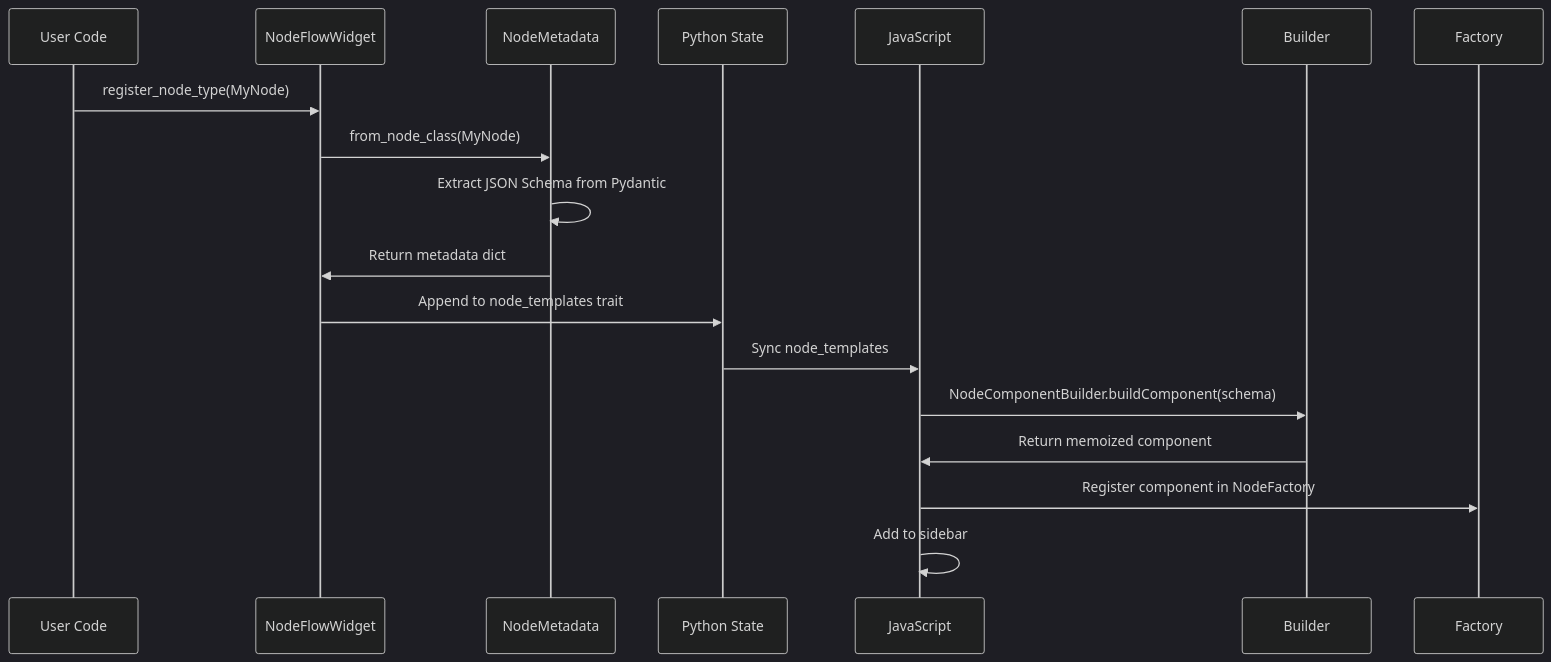
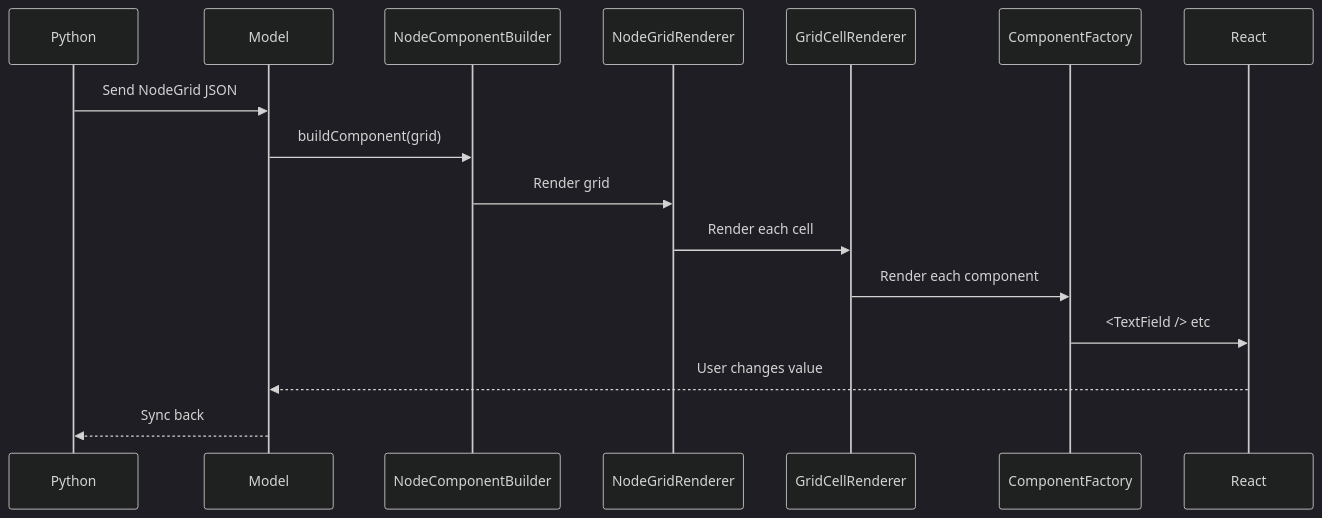
The third of 8 diagrams in docs/developer/architecture.md (HenningScheufler/pynodewidget), drawn with Mermaid (dark theme) before and after one commit. The commit also changed other lines of this file and 134 other files, not shown here.

````diff
--- a/docs/developer/architecture.md
+++ b/docs/developer/architecture.md
@@ -182,19 +112,19 @@
 ```mermaid
 sequenceDiagram
-    participant User as User Code
-    participant Widget as NodeFlowWidget
-    participant Metadata as NodeMetadata
-    participant Python as Python State
-    participant JS as JavaScript
-
-    User->>Widget: register_node_type(MyNode)
-    Widget->>Metadata: from_node_class(MyNode)
-    Metadata->>Metadata: Extract JSON Schema from Pydantic
-    Metadata->>Widget: Return metadata dict
-    Widget->>Python: Append to node_templates trait
-    Python->>JS: Sync node_templates
-    JS->>Builder: NodeComponentBuilder.buildComponent(schema)
-    Builder->>JS: Return memoized component
-    JS->>Factory: Register component in NodeFactory
-    JS->>JS: Add to sidebar
+    participant P as Python
+    participant M as Model
+    participant NCB as NodeComponentBuilder
+    participant NGR as NodeGridRenderer
+    participant GCR as GridCellRenderer
+    participant CF as ComponentFactory
+    participant R as React
+    
+    P->>M: Send NodeGrid JSON
+    M->>NCB: buildComponent(grid)
+    NCB->>NGR: Render grid
+    NGR->>GCR: Render each cell
+    GCR->>CF: Render each component
+    CF->>R: <TextField /> etc
+    R-->>M: User changes value
+    M-->>P: Sync back
 ```
````
